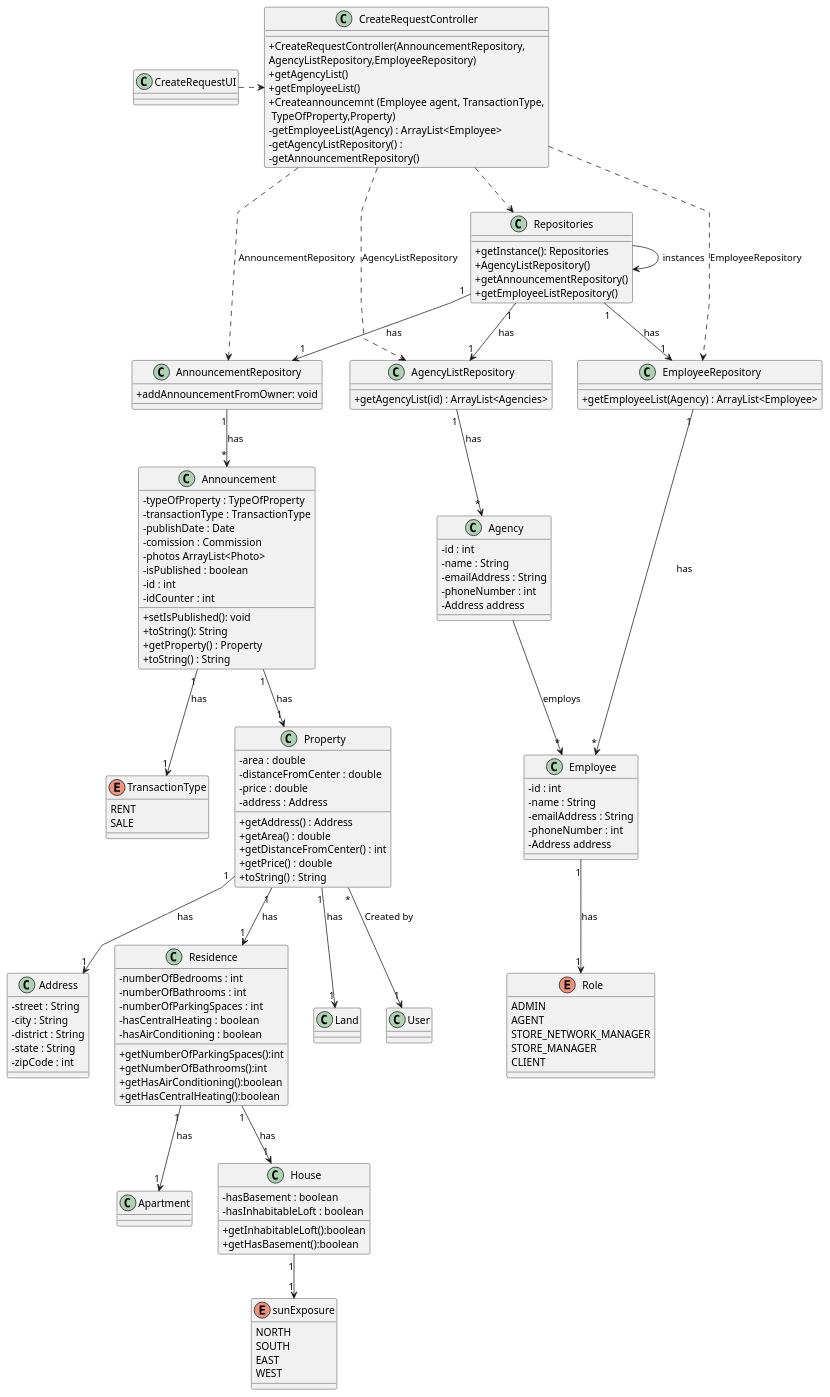
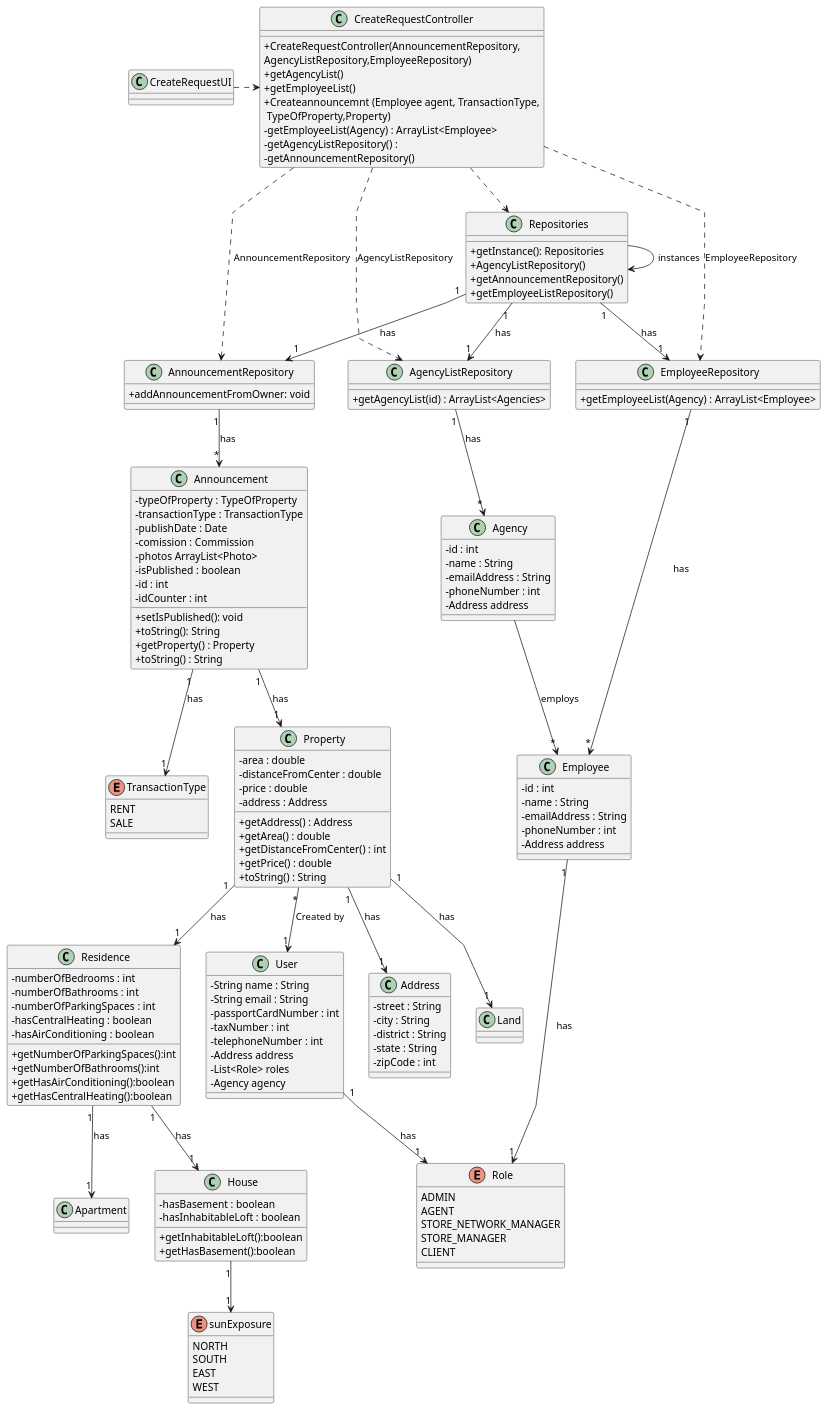
Before and after one commit to Goncalves2525/real-estate-management-system: the diagram in docs/sprintB/us004/03.design/puml/us004-class-diagram.puml, drawn with PlantUML. The commit also changed 11 other files, not shown here.

```diff
--- a/docs/sprintB/us004/03.design/puml/us004-class-diagram.puml
+++ b/docs/sprintB/us004/03.design/puml/us004-class-diagram.puml
@@ -149,6 +149,14 @@
 }
 
 class User{
+-String name : String
+-String email : String
+-passportCardNumber : int
+-taxNumber : int
+-telephoneNumber : int
+-Address address
+-List<Role> roles
+-Agency agency
 }
 
 class Address{
@@ -189,6 +197,7 @@
 
 EmployeeRepository "1" --> "*" Employee : has
 Employee "1" --> "1" Role : has
+User "1" --> "1" Role : has
 
 Agency --> "*" Employee : employs
 
```
